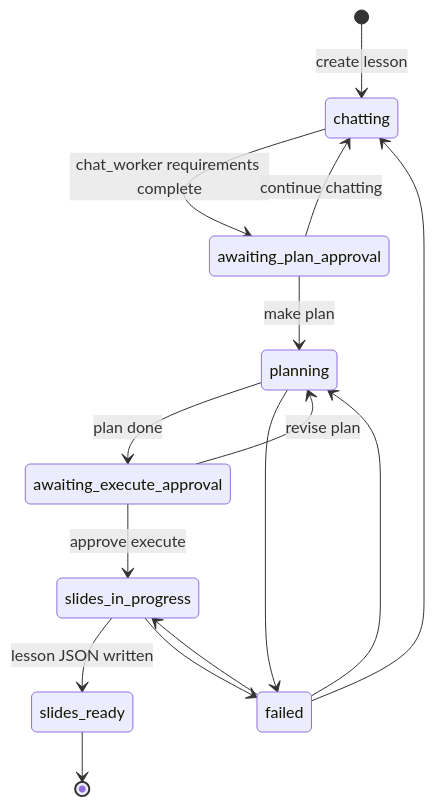
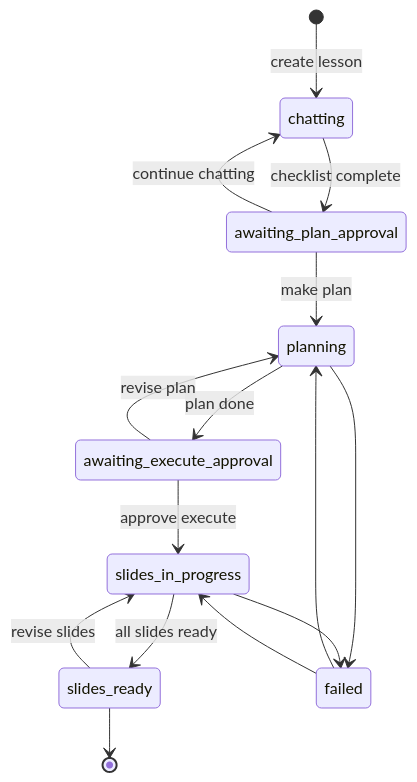
Before and after one commit to BasselSallam2/teacher-mock: the second of 5 diagrams in docs/architecture/03-lesson-planner-executor-flow.md, drawn with Mermaid. The commit also changed other lines of this file and 10 other files, not shown here.

Commit message:
Enhance README and add system overview documentation; update media handling and lesson planning architecture. Introduce nested media folders and clarify production stack details.

````diff
--- a/docs/architecture/03-lesson-planner-executor-flow.md
+++ b/docs/architecture/03-lesson-planner-executor-flow.md
@@ -73,17 +82,17 @@
 ```mermaid
 stateDiagram-v2
   [*] --> chatting: create lesson
-  chatting --> awaiting_plan_approval: chat_worker requirements complete
+  chatting --> awaiting_plan_approval: checklist complete
   awaiting_plan_approval --> chatting: continue chatting
   awaiting_plan_approval --> planning: make plan
   planning --> awaiting_execute_approval: plan done
   awaiting_execute_approval --> planning: revise plan
   awaiting_execute_approval --> slides_in_progress: approve execute
-  slides_in_progress --> slides_ready: lesson JSON written
+  slides_in_progress --> slides_ready: all slides ready
+  slides_ready --> slides_in_progress: revise slides
   planning --> failed
   slides_in_progress --> failed
-  failed --> chatting
   failed --> planning
   failed --> slides_in_progress
   slides_ready --> [*]
 ```
````
